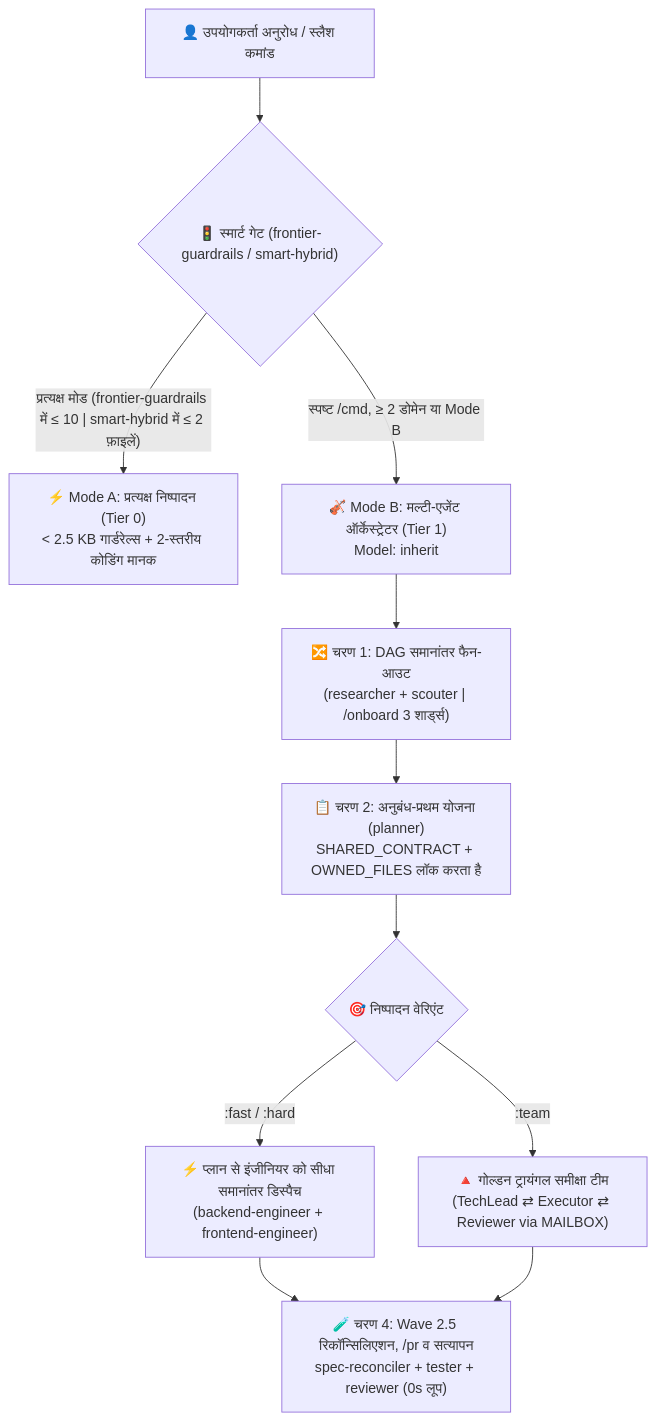
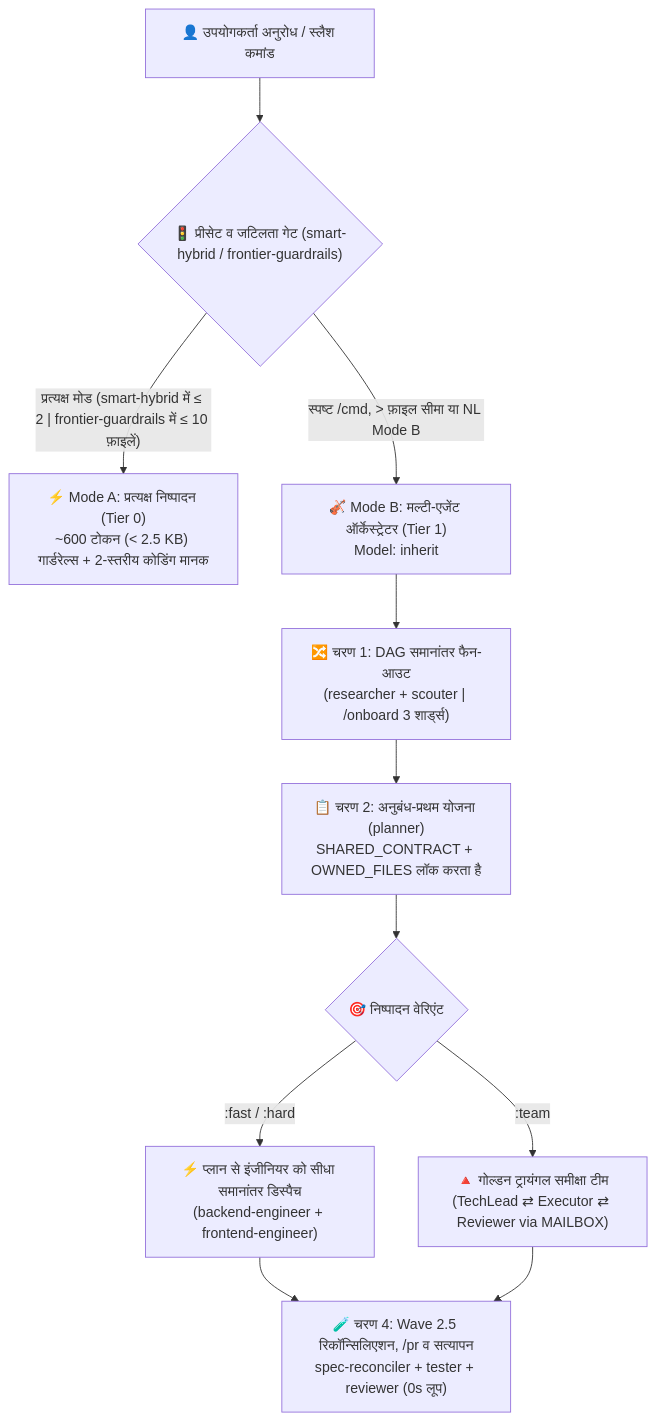
Before and after one commit to Kennyboom/BoomOpen-Workflow-Kit-Pro: the diagram in i18n/README.hi.md, drawn with Mermaid. The commit also changed other lines of this file and 16 other files, not shown here.

Commit message:
docs(i18n,changelog): align all 16 localized READMEs and CHANGELOG to smart-hybrid default

````diff
--- a/i18n/README.hi.md
+++ b/i18n/README.hi.md
@@ -59,16 +60,16 @@
 ```mermaid
 flowchart TD
-    User["👤 उपयोगकर्ता अनुरोध / स्लैश कमांड"] --> Gate{"🚦 स्मार्ट गेट (frontier-guardrails / smart-hybrid)"}
-    Gate -->|"प्रत्यक्ष मोड (frontier-guardrails में ≤ 10 | smart-hybrid में ≤ 2 फ़ाइलें)"| ModeA["⚡ Mode A: प्रत्यक्ष निष्पादन (Tier 0)<br/>< 2.5 KB गार्डरेल्स + 2-स्तरीय कोडिंग मानक"]
-    Gate -->|"स्पष्ट /cmd, ≥ 2 डोमेन या Mode B"| ModeB["🎻 Mode B: मल्टी-एजेंट ऑर्केस्ट्रेटर (Tier 1)<br/>Model: inherit"]
+    User["👤 उपयोगकर्ता अनुरोध / स्लैश कमांड"] --> Gate{"🚦 प्रीसेट व जटिलता गेट (smart-hybrid / frontier-guardrails)"}
+    Gate -->|"प्रत्यक्ष मोड (smart-hybrid में ≤ 2 | frontier-guardrails में ≤ 10 फ़ाइलें)"| ModeA["⚡ Mode A: प्रत्यक्ष निष्पादन (Tier 0)<br/>~600 टोकन (< 2.5 KB) गार्डरेल्स + 2-स्तरीय कोडिंग मानक"]
+    Gate -->|"स्पष्ट /cmd, > फ़ाइल सीमा या NL Mode B"| ModeB["🎻 Mode B: मल्टी-एजेंट ऑर्केस्ट्रेटर (Tier 1)<br/>Model: inherit"]
 
     ModeB --> FanOut["🔀 चरण 1: DAG समानांतर फैन-आउट<br/>(researcher + scouter | /onboard 3 शार्ड्स)"]
     FanOut --> Plan["📋 चरण 2: अनुबंध-प्रथम योजना (planner)<br/>SHARED_CONTRACT + OWNED_FILES लॉक करता है"]
     Plan --> Dispatch{"🎯 निष्पादन वेरिएंट"}
 
     Dispatch -->|":fast / :hard"| Direct["⚡ प्लान से इंजीनियर को सीधा समानांतर डिस्पैच<br/>(backend-engineer + frontend-engineer)"]
     Dispatch -->|":team"| Triangle["🔺 गोल्डन ट्रायंगल समीक्षा टीम<br/>(TechLead ⇄ Executor ⇄ Reviewer via MAILBOX)"]
 
     Direct --> Verify["🧪 चरण 4: Wave 2.5 रिकॉन्सिलिएशन, /pr व सत्यापन<br/>spec-reconciler + tester + reviewer (0s लूप)"]
     Triangle --> Verify
 ```
````
